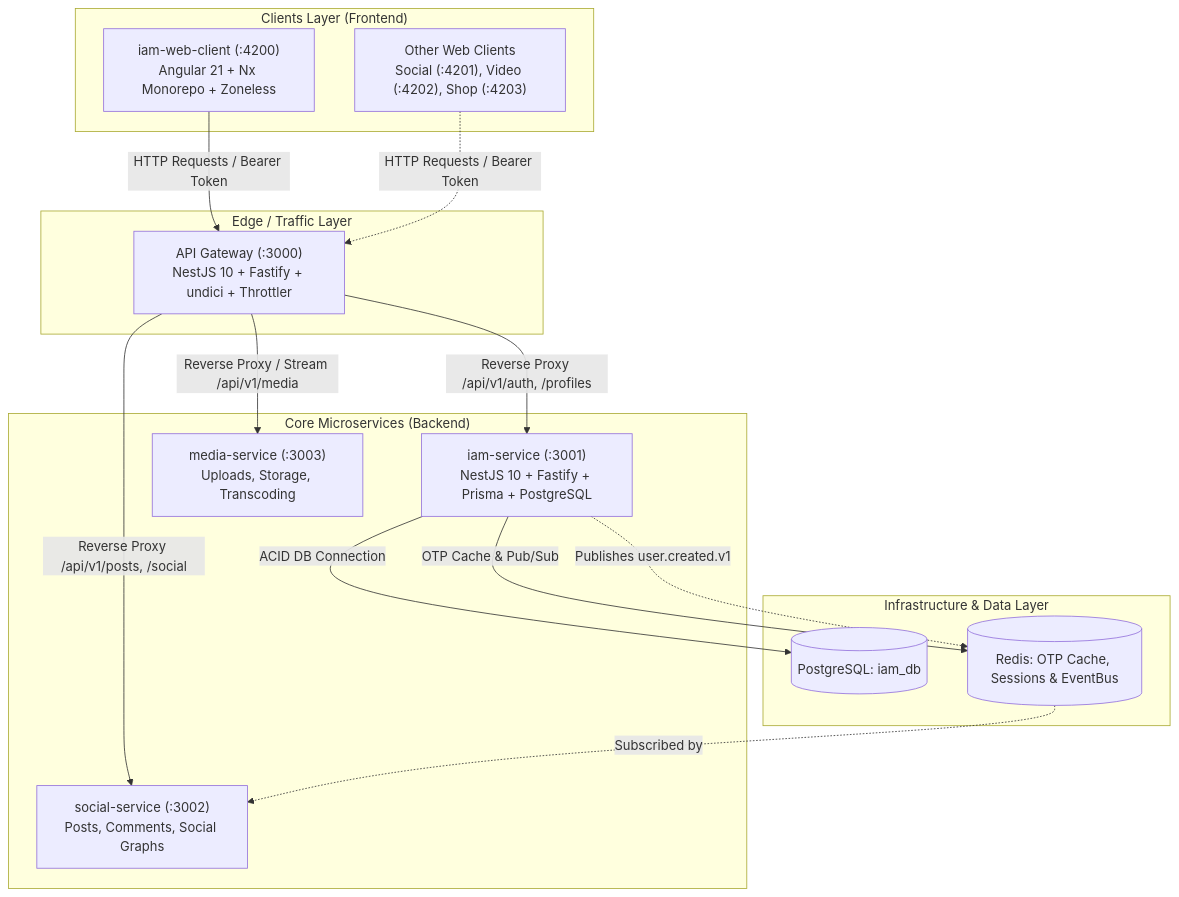
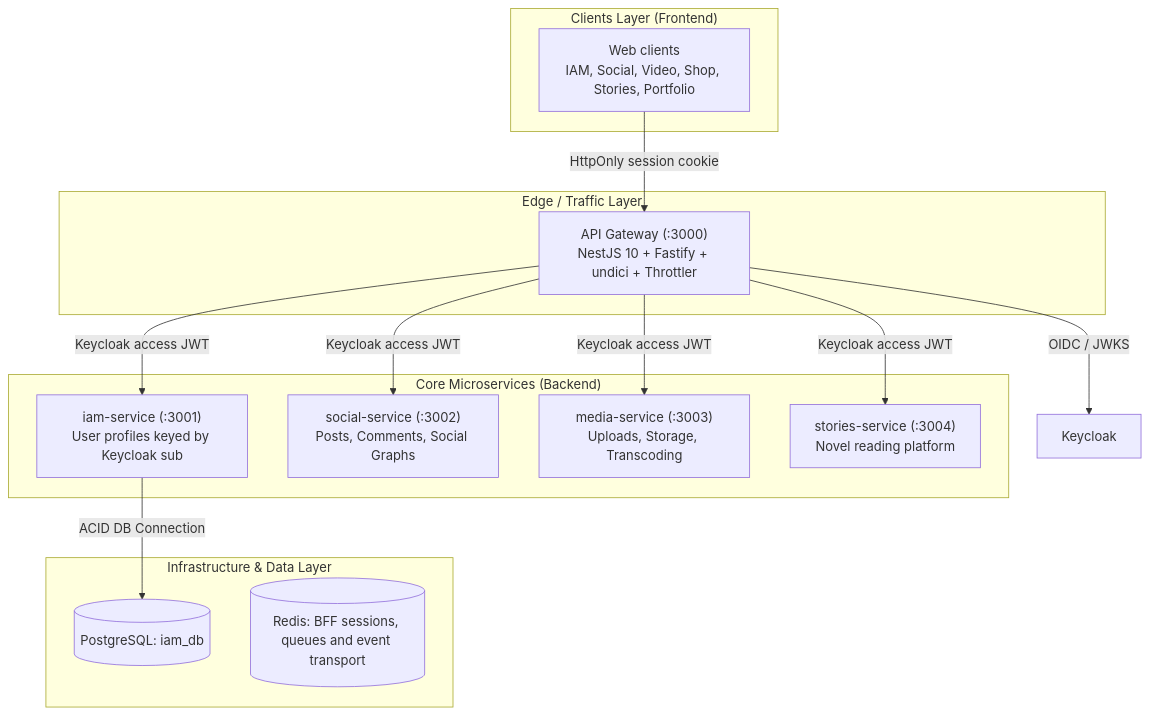
One commit to daccuong-uit/social-platform-workspace changed the diagram in docs/architecture/README.md. Above: the diagram before and after it, drawn with Mermaid. The commit also changed other lines of this file and 38 other files, not shown here.

````diff
--- a/docs/architecture/README.md
+++ b/docs/architecture/README.md
@@ -9,34 +9,32 @@
 ```mermaid
 flowchart TD
     subgraph "Clients Layer (Frontend)"
-        FE["iam-web-client (:4200)<br/>Angular 21 + Nx Monorepo + Zoneless"]
-        OtherFE["Other Web Clients<br/>Social (:4201), Video (:4202), Shop (:4203)"]
+        FE["Web clients<br/>IAM, Social, Video, Shop, Stories, Portfolio"]
     end
 
     subgraph "Edge / Traffic Layer"
         GW["API Gateway (:3000)<br/>NestJS 10 + Fastify + undici + Throttler"]
     end
 
     subgraph "Core Microservices (Backend)"
-        IAM["iam-service (:3001)<br/>NestJS 10 + Fastify + Prisma + PostgreSQL"]
+        IAM["iam-service (:3001)<br/>User profiles keyed by Keycloak sub"]
         Social["social-service (:3002)<br/>Posts, Comments, Social Graphs"]
         Media["media-service (:3003)<br/>Uploads, Storage, Transcoding"]
+        Stories["stories-service (:3004)<br/>Novel reading platform"]
     end
 
     subgraph "Infrastructure & Data Layer"
         IAM_DB[("PostgreSQL: iam_db")]
-        RedisCore[("Redis: OTP Cache, Sessions & EventBus")]
+        RedisCore[("Redis: BFF sessions, queues and event transport")]
     end
 
-    FE -->|HTTP Requests / Bearer Token| GW
-    OtherFE -.->|HTTP Requests / Bearer Token| GW
+    FE -->|HttpOnly session cookie| GW
 
-    GW -->|Reverse Proxy /api/v1/auth, /profiles| IAM
-    GW -->|Reverse Proxy /api/v1/posts, /social| Social
-    GW -->|Reverse Proxy / Stream /api/v1/media| Media
+    GW -->|Keycloak access JWT| IAM
+    GW -->|Keycloak access JWT| Social
+    GW -->|Keycloak access JWT| Media
+    GW -->|Keycloak access JWT| Stories
 
     IAM -->|ACID DB Connection| IAM_DB
-    IAM -->|OTP Cache & Pub/Sub| RedisCore
-    IAM -.->|Publishes user.created.v1| RedisCore
-    RedisCore -.->|Subscribed by| Social
+    GW -->|OIDC / JWKS| Keycloak["Keycloak"]
 ```
````
